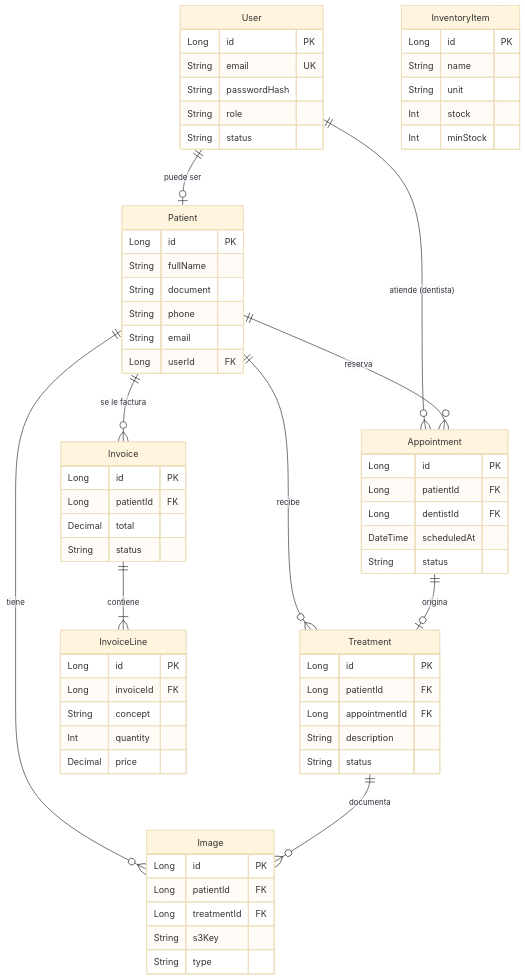
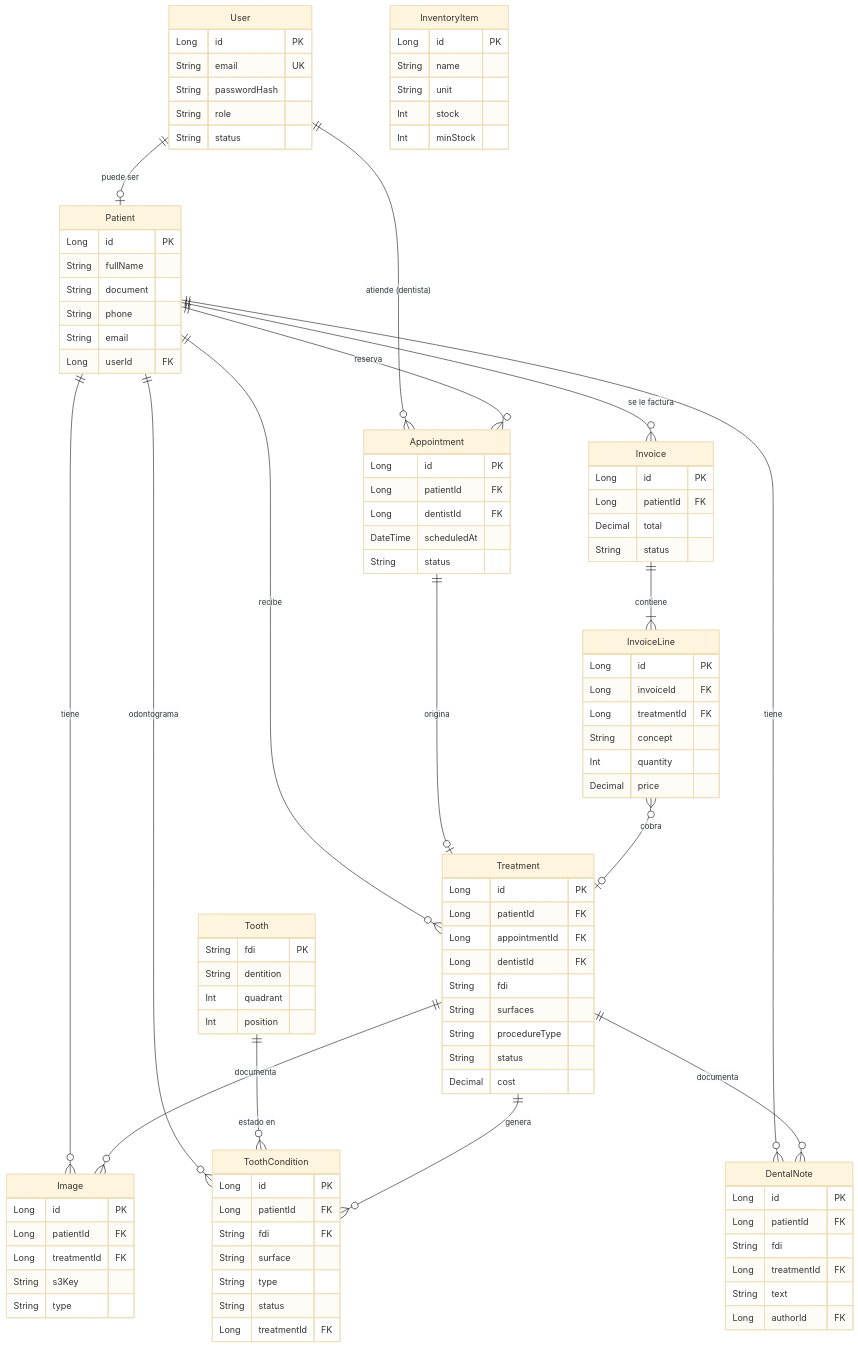
The diagram in docs/data-model.md (Davico84/DentDesk), drawn with Mermaid (base theme) before and after one commit. The commit also changed other lines of this file, not shown here.

First line of the commit message:
docs(data-model): modela odontograma, notas dentales y ficha dental

```diff
--- a/docs/data-model.md
+++ b/docs/data-model.md
@@ -80,8 +119,14 @@
     Appointment ||--o| Treatment : "origina"
     Patient ||--o{ Image : "tiene"
     Treatment ||--o{ Image : "documenta"
+    Patient ||--o{ ToothCondition : "odontograma"
+    Tooth ||--o{ ToothCondition : "estado en"
+    Treatment ||--o{ ToothCondition : "genera"
+    Patient ||--o{ DentalNote : "tiene"
+    Treatment ||--o{ DentalNote : "documenta"
     Patient ||--o{ Invoice : "se le factura"
     Invoice ||--|{ InvoiceLine : "contiene"
+    InvoiceLine }o--o| Treatment : "cobra"
 
     User {
         Long id PK
@@ -109,8 +154,35 @@
         Long id PK
         Long patientId FK
         Long appointmentId FK
-        String description
+        Long dentistId FK
+        String fdi
+        String surfaces
+        String procedureType
         String status
+        Decimal cost
+    }
+    Tooth {
+        String fdi PK
+        String dentition
+        Int quadrant
+        Int position
+    }
+    ToothCondition {
+        Long id PK
+        Long patientId FK
+        String fdi FK
+        String surface
+        String type
+        String status
+        Long treatmentId FK
+    }
+    DentalNote {
+        Long id PK
+        Long patientId FK
+        String fdi
+        Long treatmentId FK
+        String text
+        Long authorId FK
     }
     Image {
         Long id PK
@@ -128,6 +200,7 @@
     InvoiceLine {
         Long id PK
         Long invoiceId FK
+        Long treatmentId FK
         String concept
         Int quantity
         Decimal price
```
